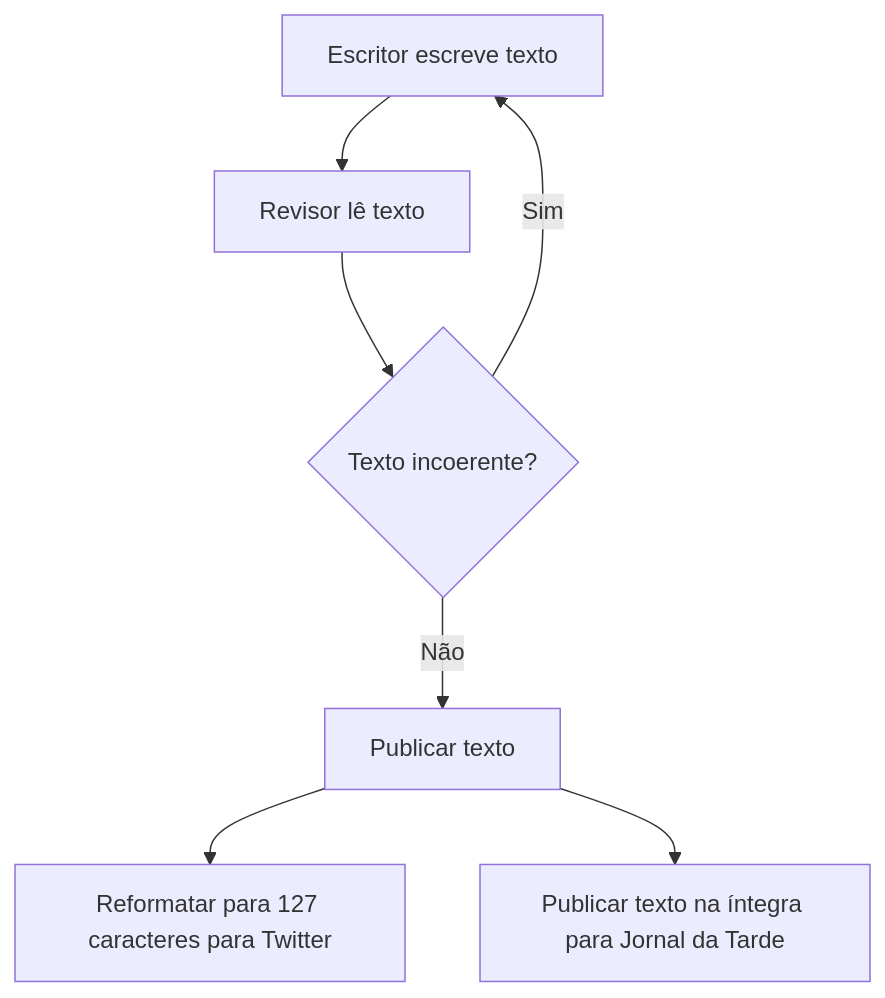
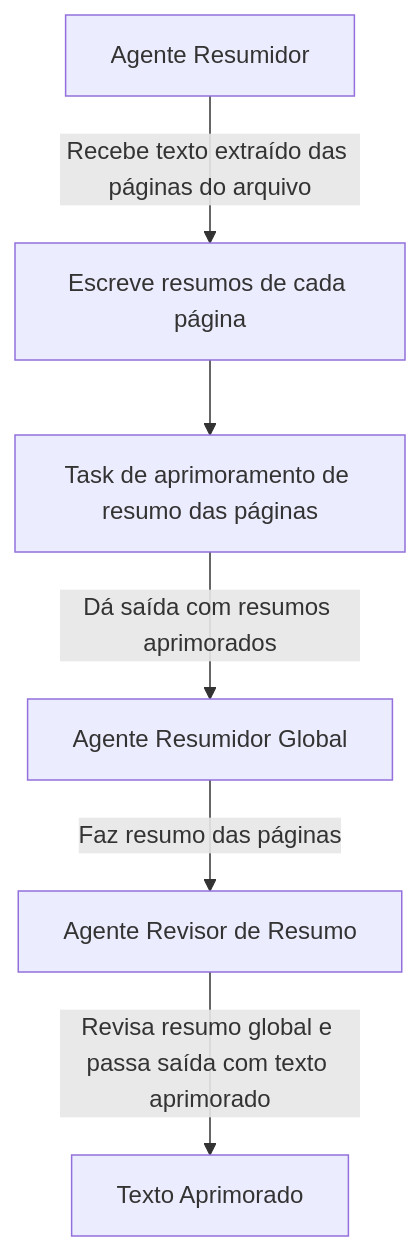
One commit to souzlays/Experimento_agentes_IA changed the diagram in experimentos/2024-06-05_15-29-02/technical_report.md. Above: the diagram before and after it, drawn with Mermaid. The commit also changed other lines of this file and 1 other file, not shown here.

````diff
--- a/experimentos/2024-06-05_15-29-02/technical_report.md
+++ b/experimentos/2024-06-05_15-29-02/technical_report.md
@@ -41,10 +40,9 @@
 ```mermaid
-graph TD
-  A[Escritor escreve texto] --> B[Revisor lê texto]
-  B --> C{Texto incoerente?}
-  C -->|Sim| A
-  C -->|Não| D[Publicar texto]
-  D --> E[Reformatar para 127 caracteres para Twitter]
-  D --> F[Publicar texto na íntegra para Jornal da Tarde]
+flowchart TD
+    A[Agente Resumidor] -->|Recebe texto extraído das páginas do arquivo| B[Escreve resumos de cada página]
+    B --> C[Task de aprimoramento de resumo das páginas]
+    C -->|Dá saída com resumos aprimorados| D[Agente Resumidor Global]
+    D -->|Faz resumo das páginas| E[Agente Revisor de Resumo]
+    E -->|Revisa resumo global e passa saída com texto aprimorado| F[Texto Aprimorado]
 
 ```
````
